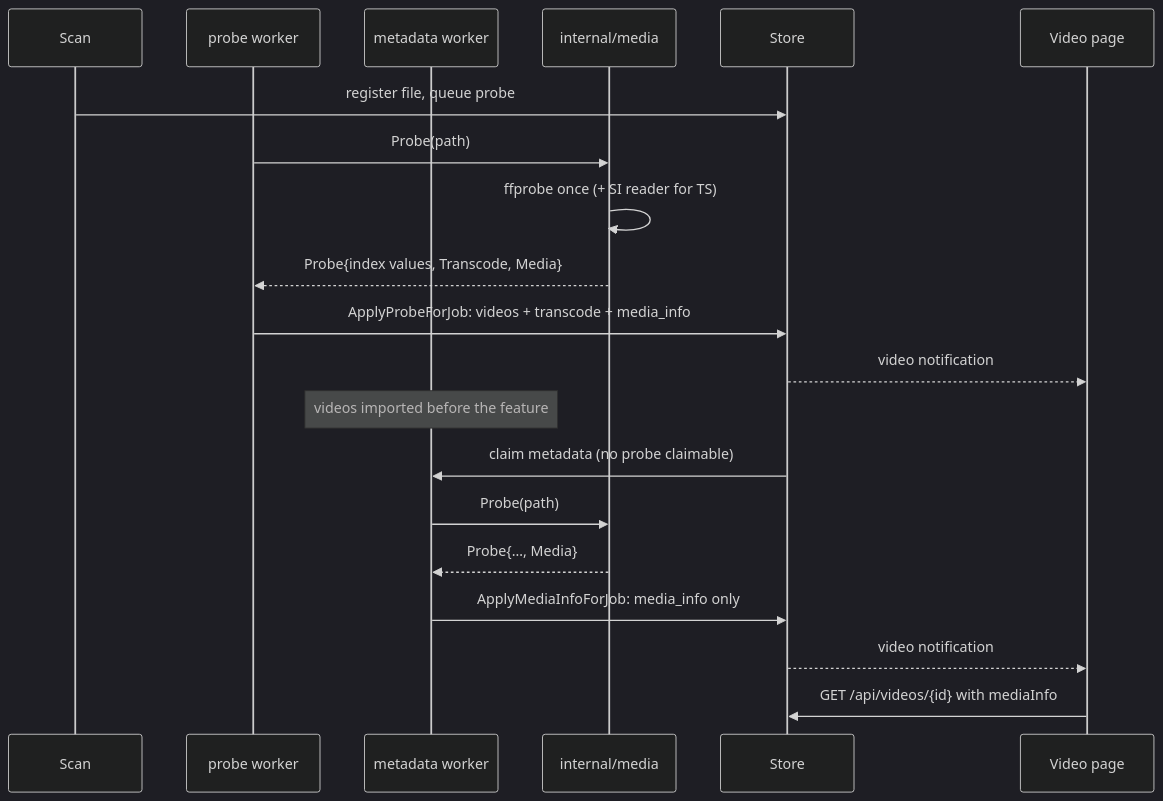
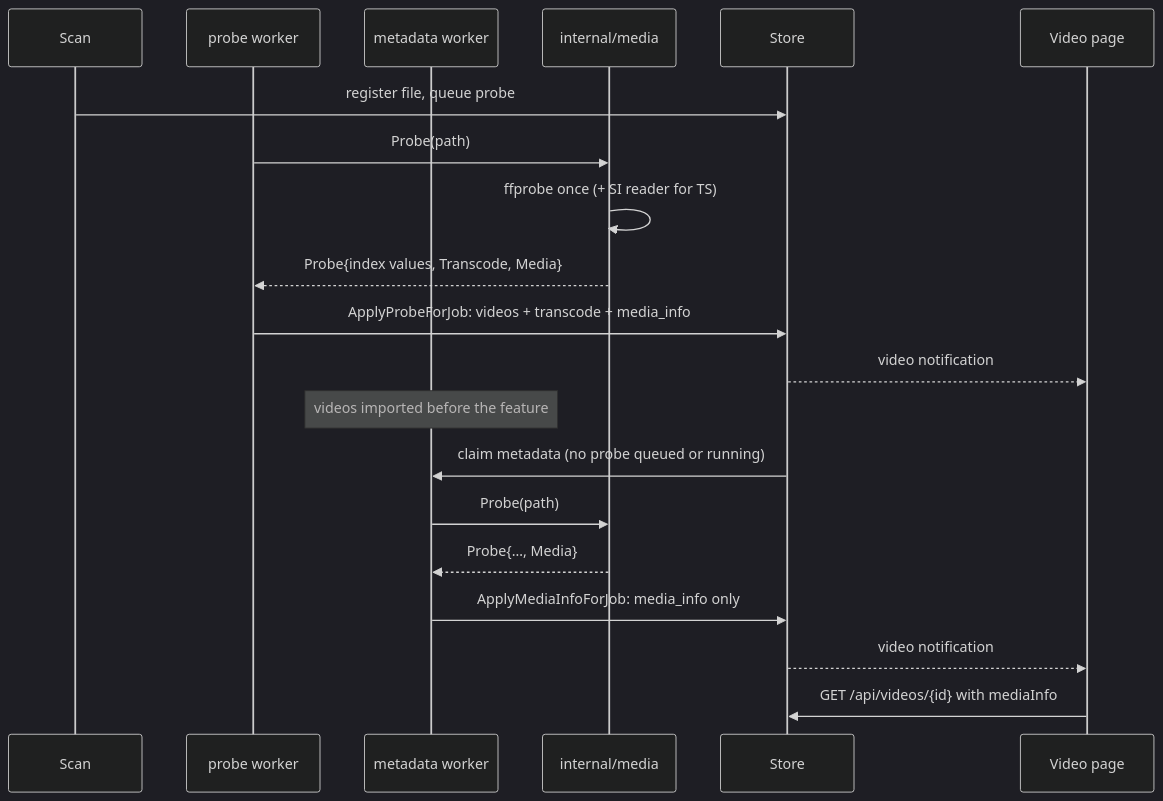
One commit to syudead/vv changed the first of 2 diagrams in specs/056-media-info/plan.md. Above: the diagram before and after it, drawn with Mermaid (dark theme). The commit also changed other lines of this file and 3 other files, not shown here.

````diff
--- a/specs/056-media-info/plan.md
+++ b/specs/056-media-info/plan.md
@@ -36,22 +36,22 @@
 ```mermaid
 sequenceDiagram
   participant Scan as Scan
   participant Probe as probe worker
   participant Meta as metadata worker
   participant Media as internal/media
   participant Store as Store
   participant Page as Video page
   Scan->>Store: register file, queue probe
   Probe->>Media: Probe(path)
   Media->>Media: ffprobe once (+ SI reader for TS)
   Media-->>Probe: Probe{index values, Transcode, Media}
   Probe->>Store: ApplyProbeForJob: videos + transcode + media_info
   Store-->>Page: video notification
   Note over Meta: videos imported before the feature
-  Store->>Meta: claim metadata (no probe claimable)
+  Store->>Meta: claim metadata (no probe queued or running)
   Meta->>Media: Probe(path)
   Media-->>Meta: Probe{…, Media}
   Meta->>Store: ApplyMediaInfoForJob: media_info only
   Store-->>Page: video notification
   Page->>Store: GET /api/videos/{id} with mediaInfo
 ```
````
